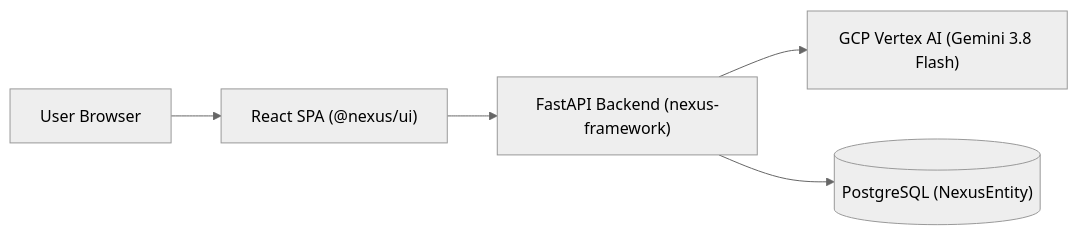
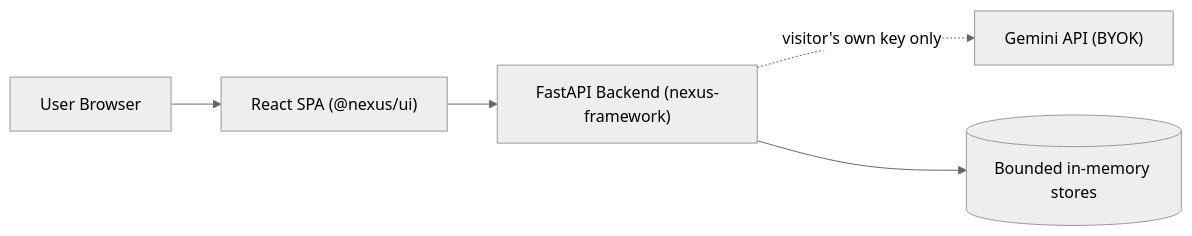
Before and after one commit to sabburi1994/nexus: the diagram in apps/showcase/docs/ARCHITECTURE.md, drawn with Mermaid (neutral theme). The commit also changed other lines of this file and 67 other files, not shown here.

````diff
--- a/apps/showcase/docs/ARCHITECTURE.md
+++ b/apps/showcase/docs/ARCHITECTURE.md
@@ -6,7 +6,7 @@
 ```mermaid
 flowchart LR
     Browser["User Browser"] --> FE["React SPA (@nexus/ui)"]
     FE --> BE["FastAPI Backend (nexus-framework)"]
-    BE --> Vertex["GCP Vertex AI (Gemini 3.8 Flash)"]
-    BE --> DB[("PostgreSQL (NexusEntity)")]
+    BE -. visitor's own key only .-> Gemini["Gemini API (BYOK)"]
+    BE --> Mem[("Bounded in-memory stores")]
 ```
````
